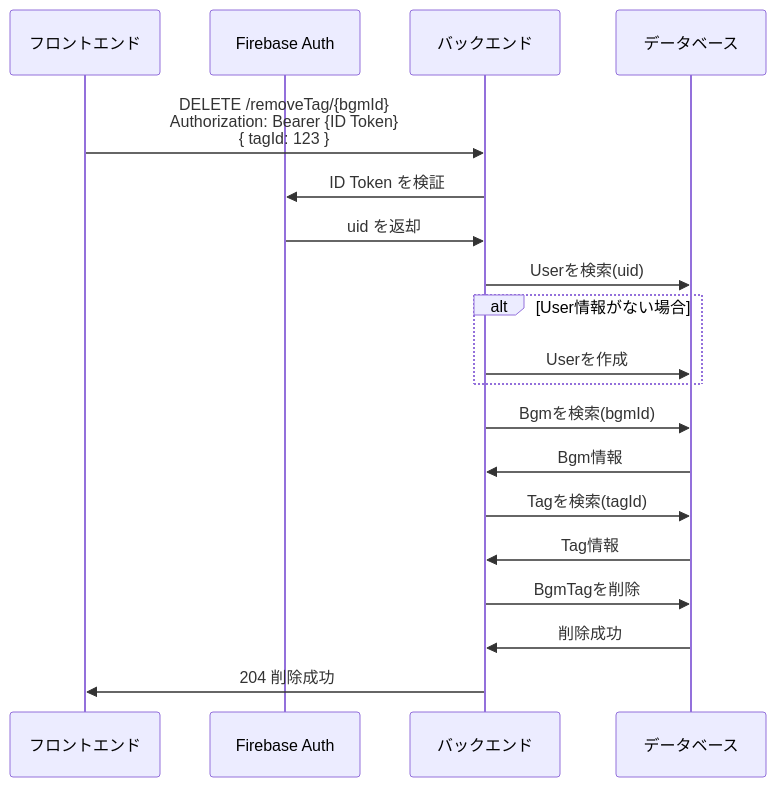
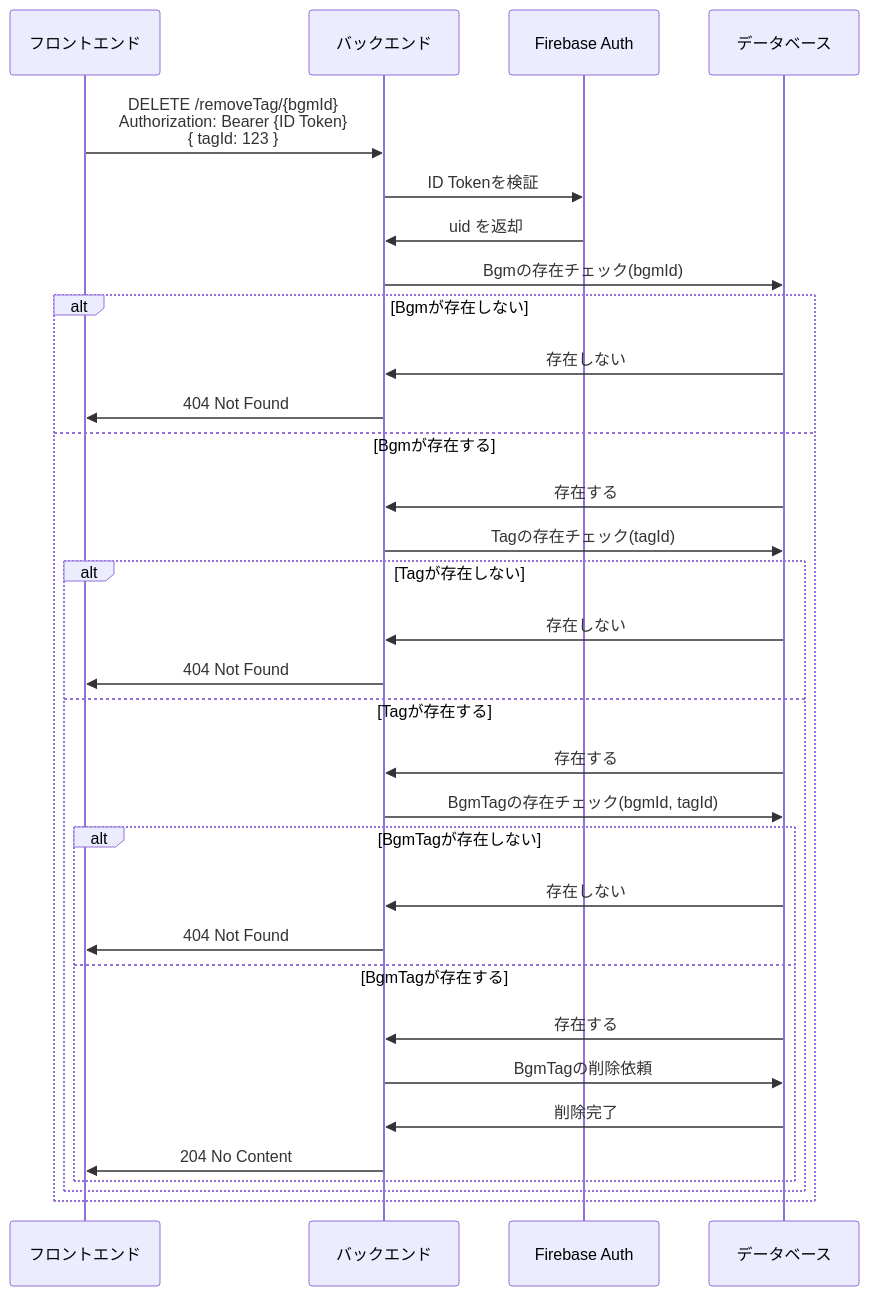
Before and after one commit to kagomen/bgm-api-springboot: the fourth of 5 diagrams in docs/sequence.md, drawn with Mermaid. The commit also changed other lines of this file, not shown here.

Commit message:
シーケンス図の修正（例外処理の追加、Userテーブル作成のフローを追加）

````diff
--- a/docs/sequence.md
+++ b/docs/sequence.md
@@ -68,29 +104,39 @@
 ```mermaid
 sequenceDiagram
   participant FE as フロントエンド
-  participant Firebase as Firebase Auth
   participant BE as バックエンド
+  participant FB as Firebase Auth
   participant DB as データベース
 
   FE->>BE: DELETE /removeTag/{bgmId}<br />Authorization: Bearer {ID Token}<br />{ tagId: 123 }
 
-  BE->>Firebase: ID Token を検証
-  Firebase->>BE: uid を返却
+  BE->>FB: ID Tokenを検証
+  FB->>BE: uid を返却
 
-  BE->>DB: Userを検索(uid)
+  BE->>DB: Bgmの存在チェック(bgmId)
+  alt Bgmが存在しない
+    DB->>BE: 存在しない
+    BE->>FE: 404 Not Found
+  else Bgmが存在する
+    DB->>BE: 存在する
 
-  alt User情報がない場合
-  BE->>DB: Userを作成
+    BE->>DB: Tagの存在チェック(tagId)
+    alt Tagが存在しない
+      DB->>BE: 存在しない
+      BE->>FE: 404 Not Found
+    else Tagが存在する
+      DB->>BE: 存在する
+
+      BE->>DB: BgmTagの存在チェック(bgmId, tagId)
+      alt BgmTagが存在しない
+        DB->>BE: 存在しない
+        BE->>FE: 404 Not Found
+      else BgmTagが存在する
+        DB->>BE: 存在する
+        BE->>DB: BgmTagの削除依頼
+        DB->>BE: 削除完了
+        BE->>FE: 204 No Content
+      end
+    end
   end
-
-  BE->>DB: Bgmを検索(bgmId)
-  DB->>BE: Bgm情報
-
-  BE->>DB: Tagを検索(tagId)
-  DB->>BE: Tag情報
-
-  BE->>DB: BgmTagを削除
-  DB->>BE: 削除成功
-
-  BE->>FE: 204 削除成功
 ```
````
